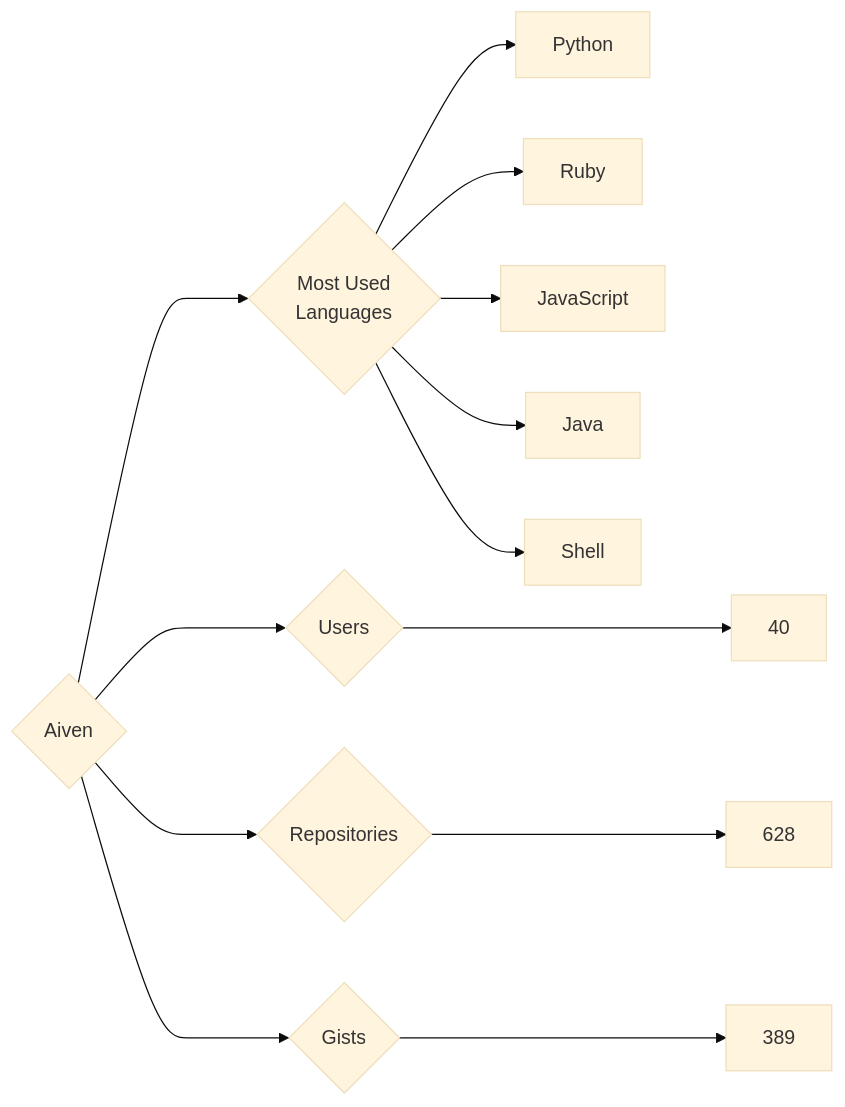
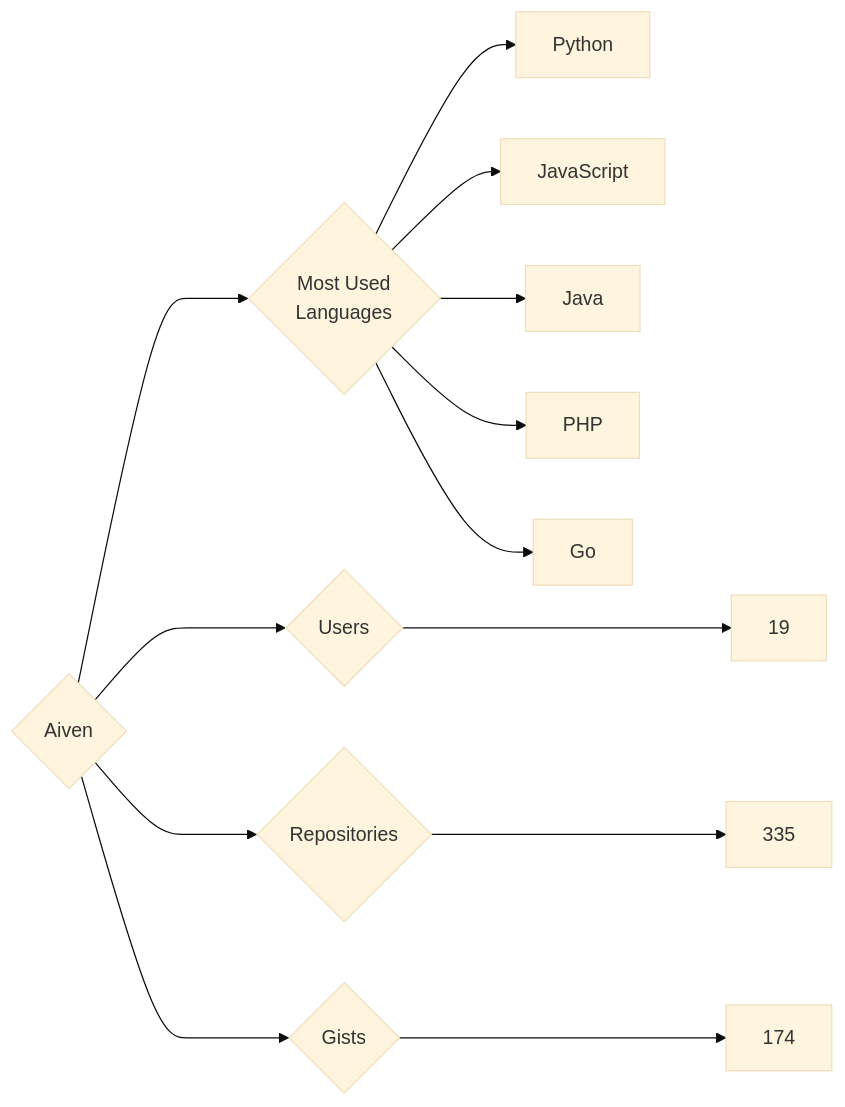
Before and after one commit to trickest/insiders: the diagram in targets/Aiven/README.md, drawn with Mermaid (base theme). The commit also changed 749 other files, not shown here.

````diff
--- a/targets/Aiven/README.md
+++ b/targets/Aiven/README.md
@@ -3,13 +3,13 @@
 ```mermaid
 graph LR
 COMPANY_NAME{Aiven}
-COMPANY_NAME ---> U{Users} ---> UN[40]
-COMPANY_NAME ---> R{Repositories} ---> RN[628]
-COMPANY_NAME ---> G{Gists} ---> GN[389]
+COMPANY_NAME ---> U{Users} ---> UN[19]
+COMPANY_NAME ---> R{Repositories} ---> RN[335]
+COMPANY_NAME ---> G{Gists} ---> GN[174]
 COMPANY_NAME ---> ML{Most Used<br>Languages}
 ML --> Python[Python]
-ML --> Ruby[Ruby]
 ML --> JavaScript[JavaScript]
 ML --> Java[Java]
-ML --> Shell[Shell]
+ML --> PHP[PHP]
+ML --> Go[Go]
 ```
````
